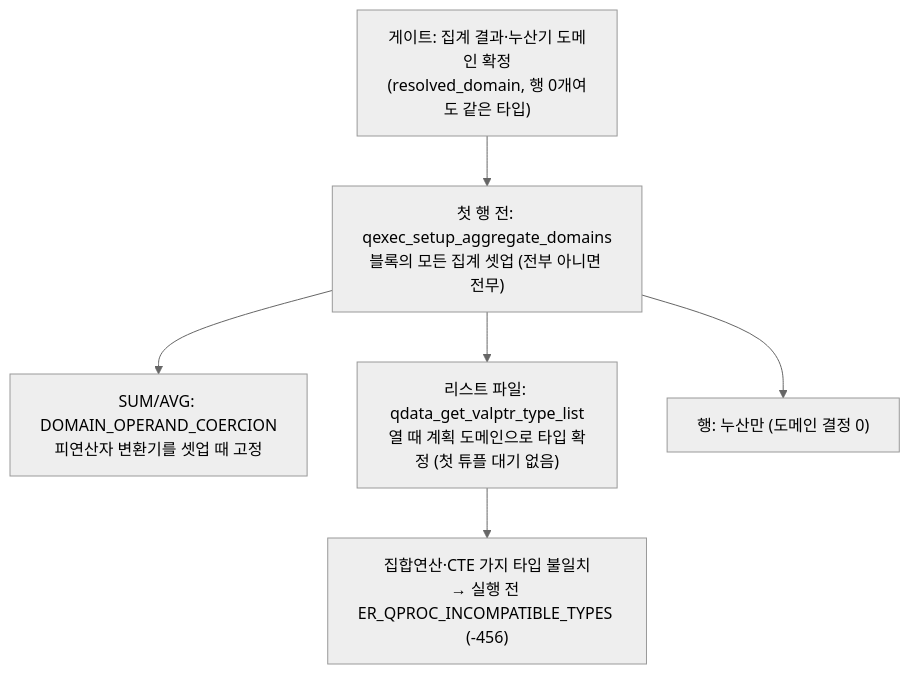
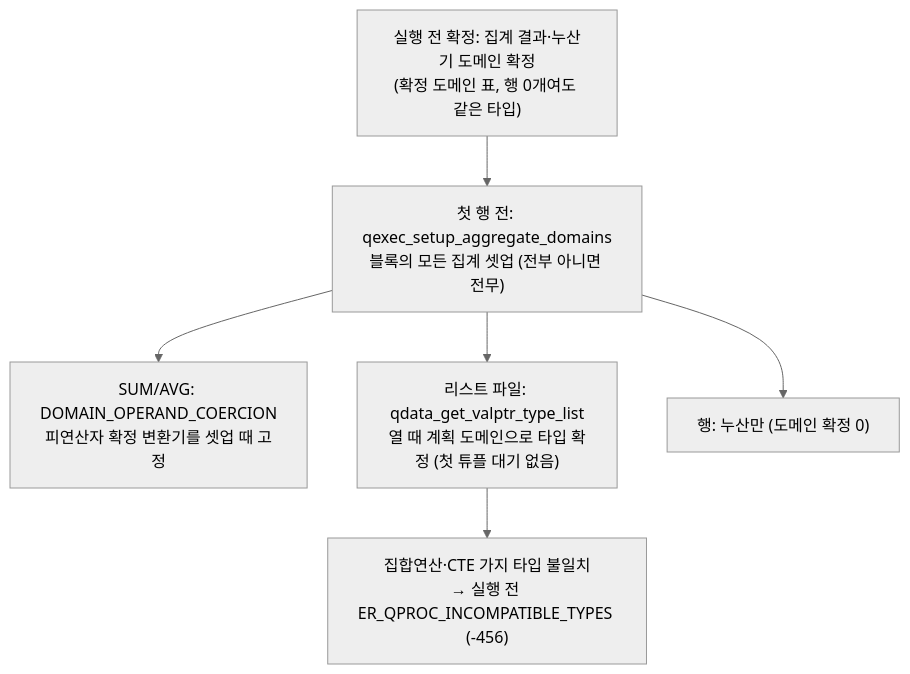
One commit to xmilex-git/workspace changed diagram 14 of 20 in docs/research/pr8022-architecture-diagrams.md. Above: the diagram before and after it, drawn with Mermaid (neutral theme). The commit also changed other lines of this file, not shown here.

First line of the commit message:
docs: PR 8022 diagrams in the CONTEXT.md vocabulary

````diff
--- a/docs/research/pr8022-architecture-diagrams.md
+++ b/docs/research/pr8022-architecture-diagrams.md
@@ -321,8 +321,8 @@
 ```mermaid
 flowchart TB
-  G["게이트: 집계 결과·누산기 도메인 확정<br/>(resolved_domain, 행 0개여도 같은 타입)"] --> SU["첫 행 전: qexec_setup_aggregate_domains<br/>블록의 모든 집계 셋업 (전부 아니면 전무)"]
-  SU --> OC["SUM/AVG: DOMAIN_OPERAND_COERCION<br/>피연산자 변환기를 셋업 때 고정"]
+  G["실행 전 확정: 집계 결과·누산기 도메인 확정<br/>(확정 도메인 표, 행 0개여도 같은 타입)"] --> SU["첫 행 전: qexec_setup_aggregate_domains<br/>블록의 모든 집계 셋업 (전부 아니면 전무)"]
+  SU --> OC["SUM/AVG: DOMAIN_OPERAND_COERCION<br/>피연산자 확정 변환기를 셋업 때 고정"]
   SU --> LF["리스트 파일: qdata_get_valptr_type_list<br/>열 때 계획 도메인으로 타입 확정 (첫 튜플 대기 없음)"]
   LF --> U["집합연산·CTE 가지 타입 불일치<br/>→ 실행 전 ER_QPROC_INCOMPATIBLE_TYPES (-456)"]
-  SU --> ROW["행: 누산만 (도메인 결정 0)"]
+  SU --> ROW["행: 누산만 (도메인 확정 0)"]
 ```
````
